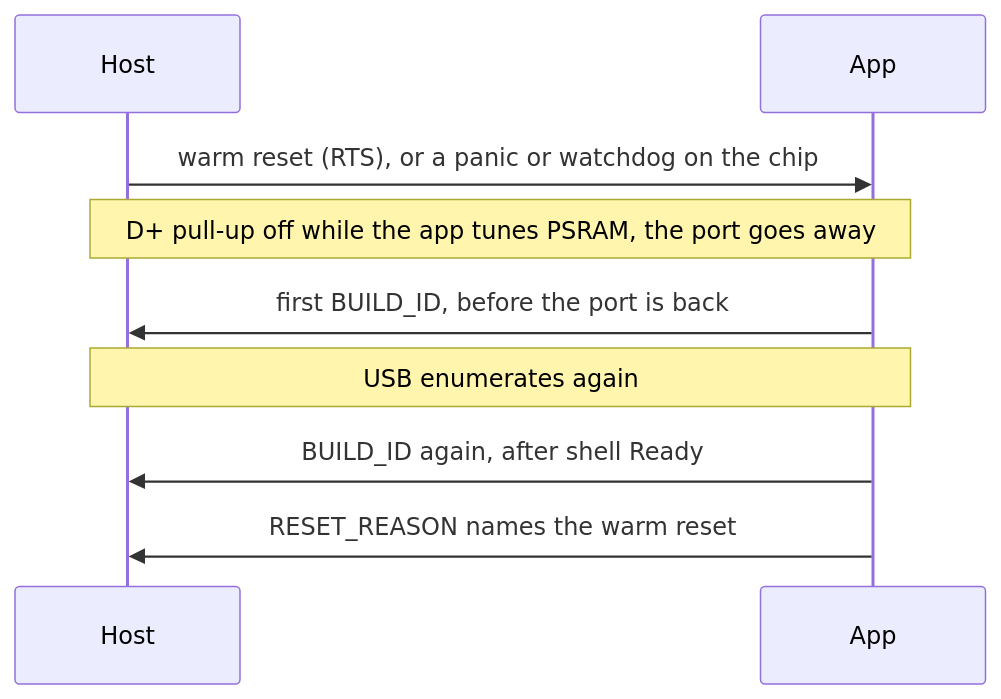
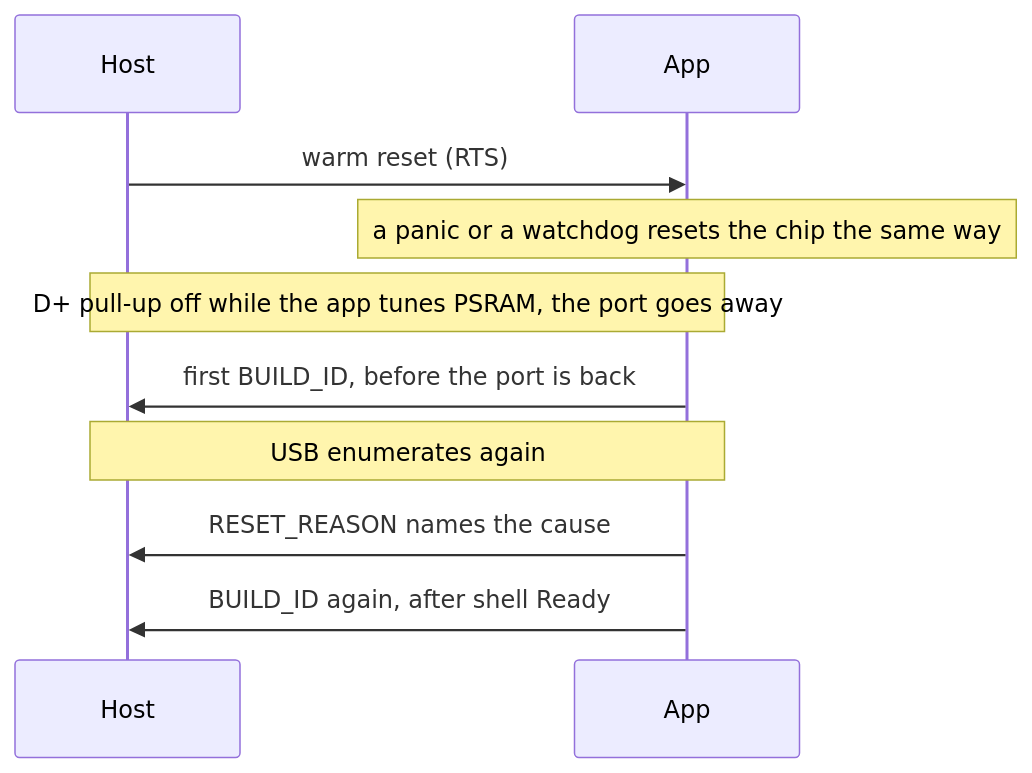
One commit to jose-villegas/autana changed the diagram in docs/notes/Flashing-and-Toolchain.md. Above: the diagram before and after it, drawn with Mermaid. The commit also changed other lines of this file and 1 other file, not shown here.

Commit message:
docs: reset diagram order and timings without the cold restart (krqr)

````diff
--- a/docs/notes/Flashing-and-Toolchain.md
+++ b/docs/notes/Flashing-and-Toolchain.md
@@ -65,11 +67,12 @@
 ```mermaid
 sequenceDiagram
     participant Host
     participant App
-    Host->>App: warm reset (RTS), or a panic or watchdog on the chip
+    Host->>App: warm reset (RTS)
+    Note over App: a panic or a watchdog resets the chip the same way
     Note over Host,App: D+ pull-up off while the app tunes PSRAM, the port goes away
     App->>Host: first BUILD_ID, before the port is back
     Note over Host,App: USB enumerates again
+    App->>Host: RESET_REASON names the cause
     App->>Host: BUILD_ID again, after shell Ready
-    App->>Host: RESET_REASON names the warm reset
 ```
````
